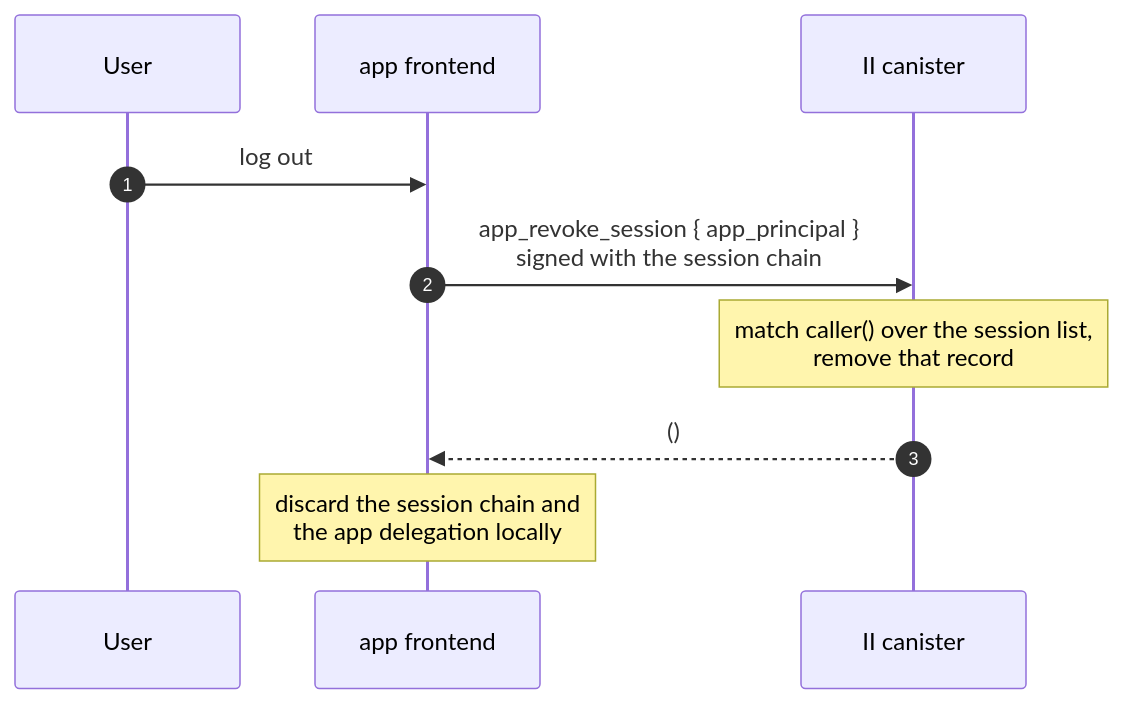
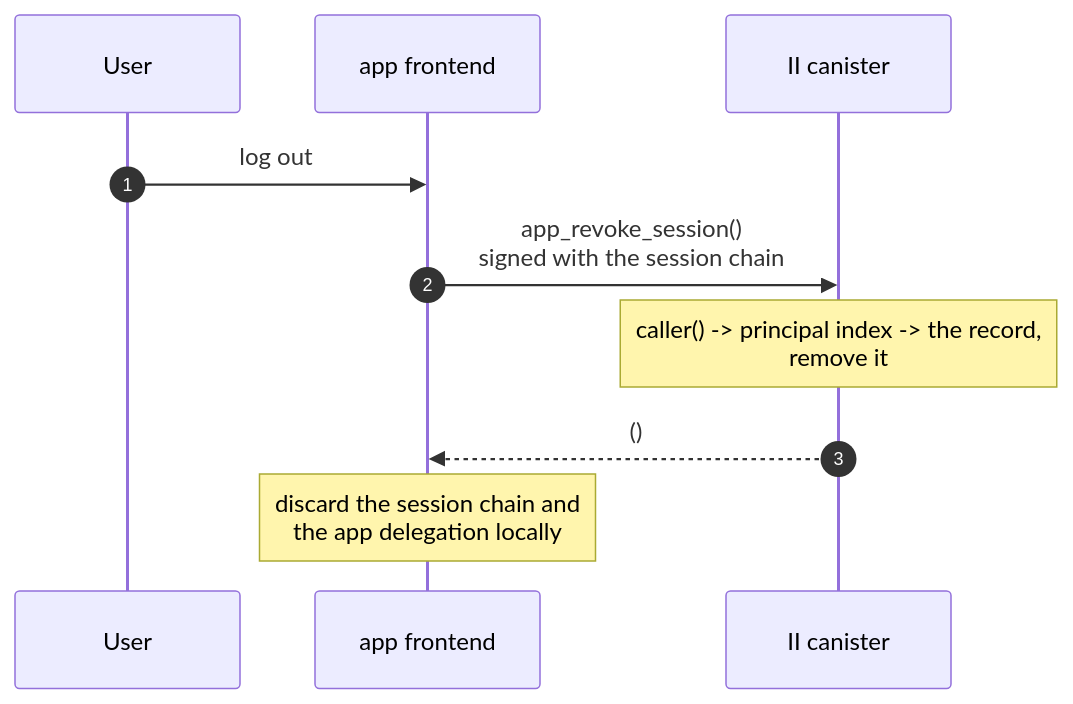
One commit to dfinity/internet-identity changed the sixth of 7 diagrams in docs/ongoing/revocable-app-sessions.md. Above: the diagram before and after it, drawn with Mermaid. The commit also changed other lines of this file, not shown here.

````diff
--- a/docs/ongoing/revocable-app-sessions.md
+++ b/docs/ongoing/revocable-app-sessions.md
@@ -396,12 +415,12 @@
 ```mermaid
 sequenceDiagram
     autonumber
     participant User
     participant App as app frontend
     participant IIC as II canister
     User->>App: log out
-    App->>IIC: app_revoke_session { app_principal }<br/>signed with the session chain
-    Note over IIC: match caller() over the session list,<br/>remove that record
+    App->>IIC: app_revoke_session()<br/>signed with the session chain
+    Note over IIC: caller() -> principal index -> the record,<br/>remove it
     IIC-->>App: ()
     Note over App: discard the session chain and<br/>the app delegation locally
 ```
````
